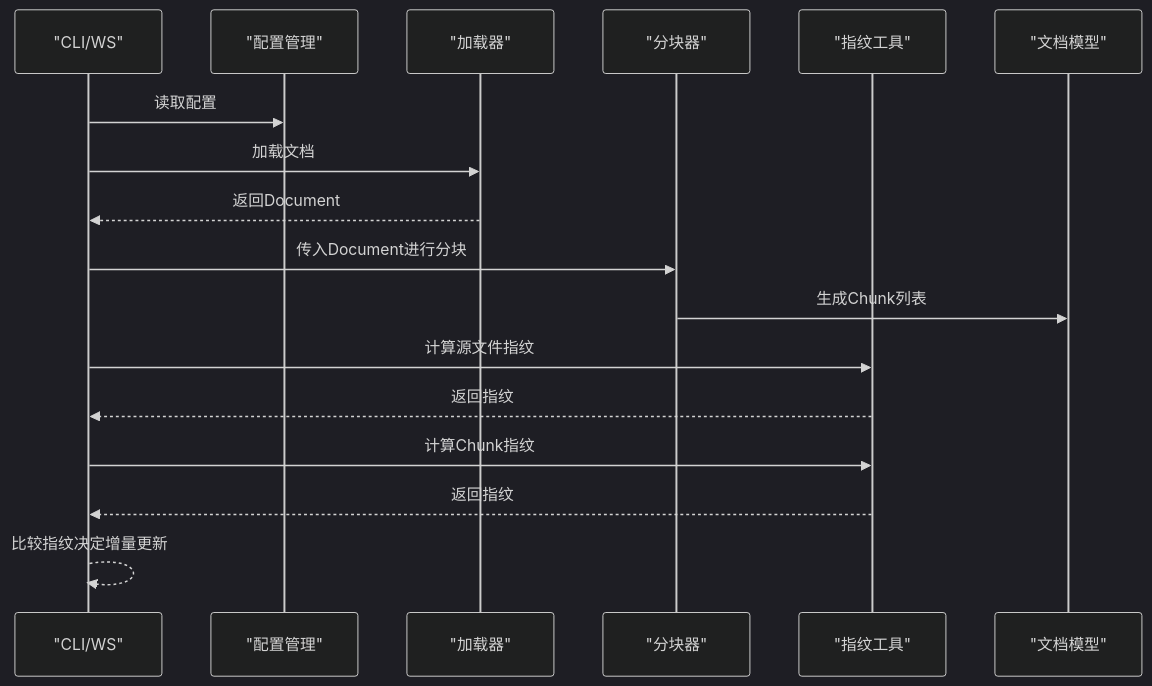
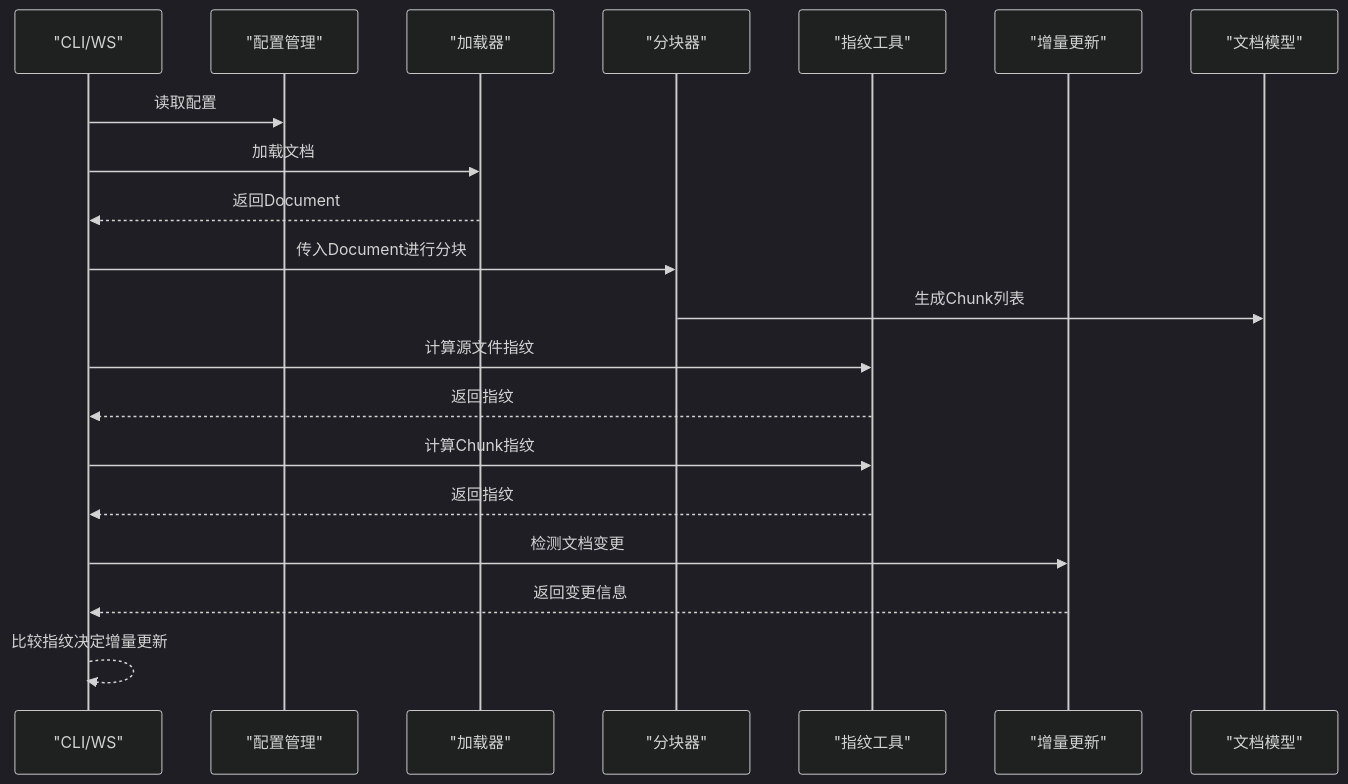
One commit to wowzhangji/doc_ai_parser changed the second of 9 diagrams in .qoder/repowiki/zh/content/工具函数和实用程序.md. Above: the diagram before and after it, drawn with Mermaid (dark theme). The commit also changed other lines of this file and 25 other files, not shown here.

````diff
--- a/.qoder/repowiki/zh/content/工具函数和实用程序.md
+++ b/.qoder/repowiki/zh/content/工具函数和实用程序.md
@@ -107,19 +115,22 @@
 ```mermaid
 sequenceDiagram
 participant CLI as "CLI/WS"
 participant CFG as "配置管理"
 participant LD as "加载器"
 participant CK as "分块器"
 participant FP as "指纹工具"
+participant INC as "增量更新"
 participant MOD as "文档模型"
 CLI->>CFG : 读取配置
 CLI->>LD : 加载文档
 LD-->>CLI : 返回Document
 CLI->>CK : 传入Document进行分块
 CK->>MOD : 生成Chunk列表
 CLI->>FP : 计算源文件指纹
 FP-->>CLI : 返回指纹
 CLI->>FP : 计算Chunk指纹
 FP-->>CLI : 返回指纹
+CLI->>INC : 检测文档变更
+INC-->>CLI : 返回变更信息
 CLI-->>CLI : 比较指纹决定增量更新
 ```
````
